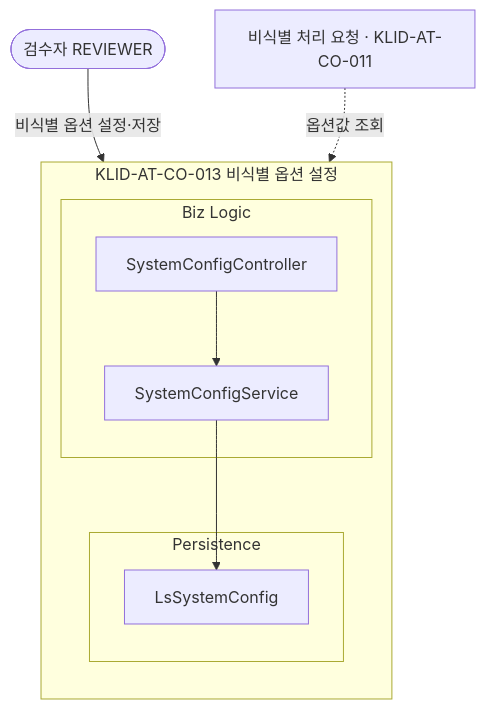
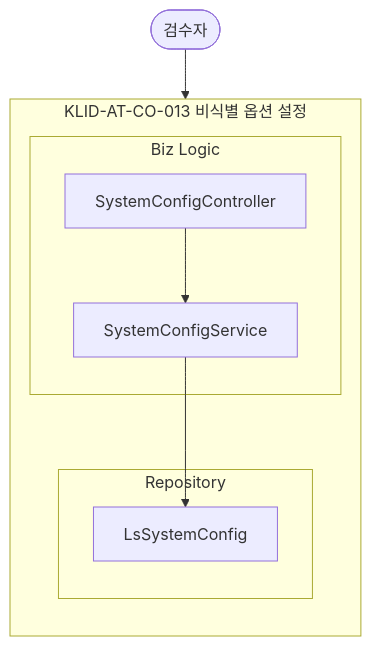
Before and after one commit to New-stella/klid-label: diagram 12 of 18 in docs/design/D3-컴포넌트설계서.md, drawn with Mermaid. The commit also changed other lines of this file and 7 other files, not shown here.

````diff
--- a/docs/design/D3-컴포넌트설계서.md
+++ b/docs/design/D3-컴포넌트설계서.md
@@ -390,19 +377,17 @@
 ```mermaid
 flowchart TD
-    REVIEWER([검수자 REVIEWER])
+    REVIEWER([검수자])
     subgraph CO013[KLID-AT-CO-013 비식별 옵션 설정]
         direction TB
         subgraph BIZ13[Biz Logic]
-            SCC[SystemConfigController]
-            SCS[SystemConfigService]
+            SCC13[SystemConfigController]
+            SCS13[SystemConfigService]
         end
-        subgraph PER13[Persistence]
-            LSC[LsSystemConfig]
+        subgraph REP13[Repository]
+            CFG13[LsSystemConfig]
         end
-        SCC --> SCS
-        SCS --> LSC
+        SCC13 --> SCS13
+        SCS13 --> CFG13
     end
-    DCMP[비식별 처리 요청 · KLID-AT-CO-011]
-    REVIEWER -->|비식별 옵션 설정·저장| SCC
-    DCMP -.->|옵션값 조회| SCS
+    REVIEWER --> SCC13
 ```
````
